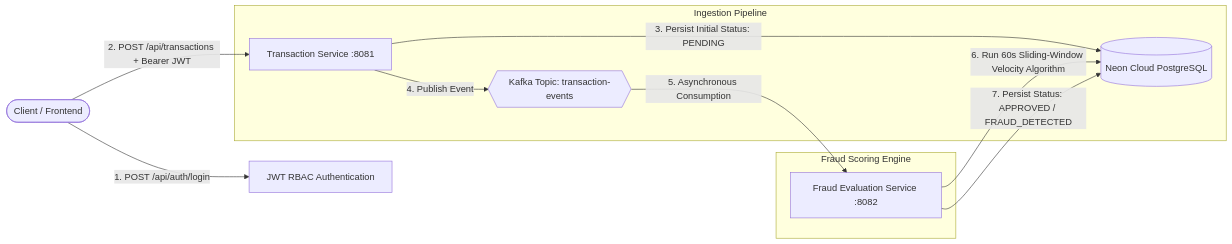
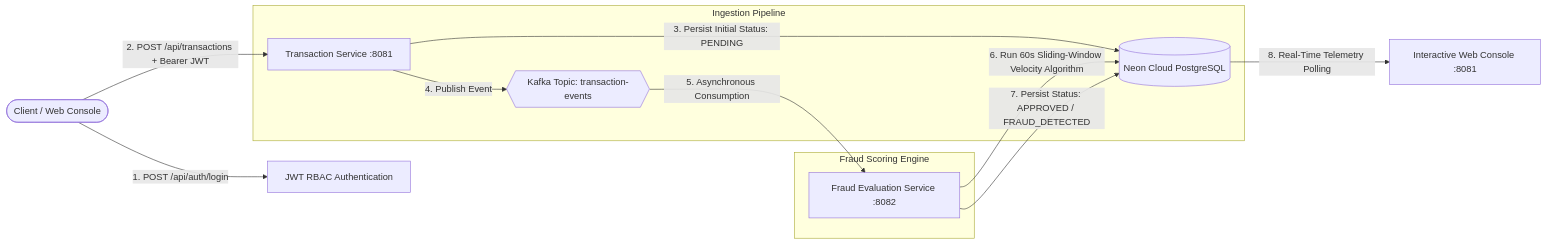
One commit to mullewarpramodh-tech/fintech-fraud-monitor changed the diagram in README.md. Above: the diagram before and after it, drawn with Mermaid. The commit also changed other lines of this file and 13 other files, not shown here.

Commit message:
feat: add real-time web dashboard, docker-compose orchestration, and organized scripts

````diff
--- a/README.md
+++ b/README.md
@@ -16,16 +28,18 @@
 ```mermaid
 flowchart LR
-    Client([Client / Frontend]) -->|1. POST /api/auth/login| Auth[JWT RBAC Authentication]
+    Client([Client / Web Console]) -->|1. POST /api/auth/login| Auth[JWT RBAC Authentication]
     Client -->|2. POST /api/transactions + Bearer JWT| TxService[Transaction Service :8081]
     
     subgraph Ingestion Pipeline
         TxService -->|3. Persist Initial Status: PENDING| DB[(Neon Cloud PostgreSQL)]
         TxService -->|4. Publish Event| Kafka{{Kafka Topic: transaction-events}}
     end
     
     subgraph Fraud Scoring Engine
         Kafka -->|5. Asynchronous Consumption| FraudService[Fraud Evaluation Service :8082]
         FraudService -->|6. Run 60s Sliding-Window Velocity Algorithm| DB
         FraudService -->|7. Persist Status: APPROVED / FRAUD_DETECTED| DB
     end
+
+    DB -->|8. Real-Time Telemetry Polling| Dashboard[Interactive Web Console :8081]
 ```
````
